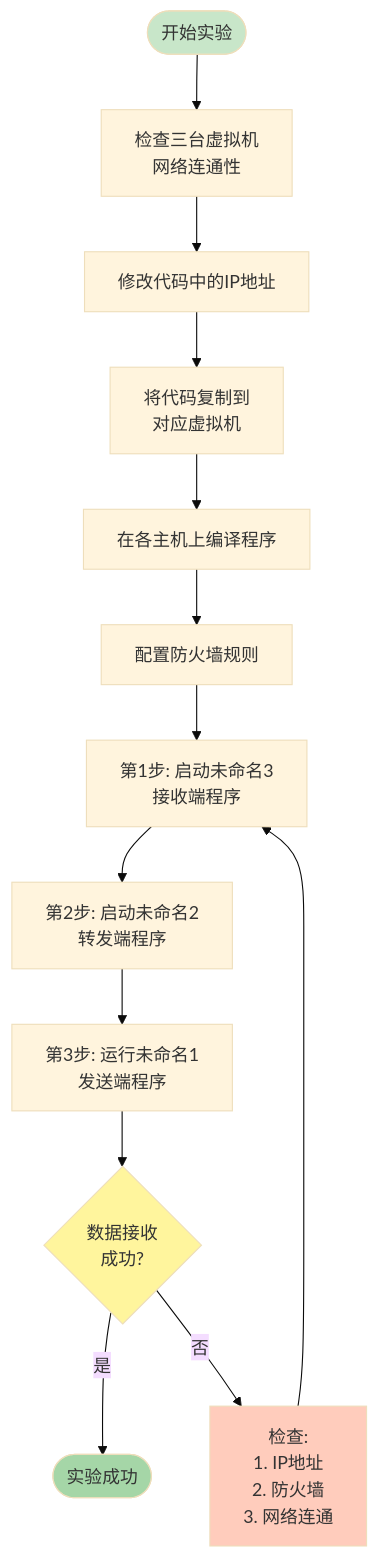
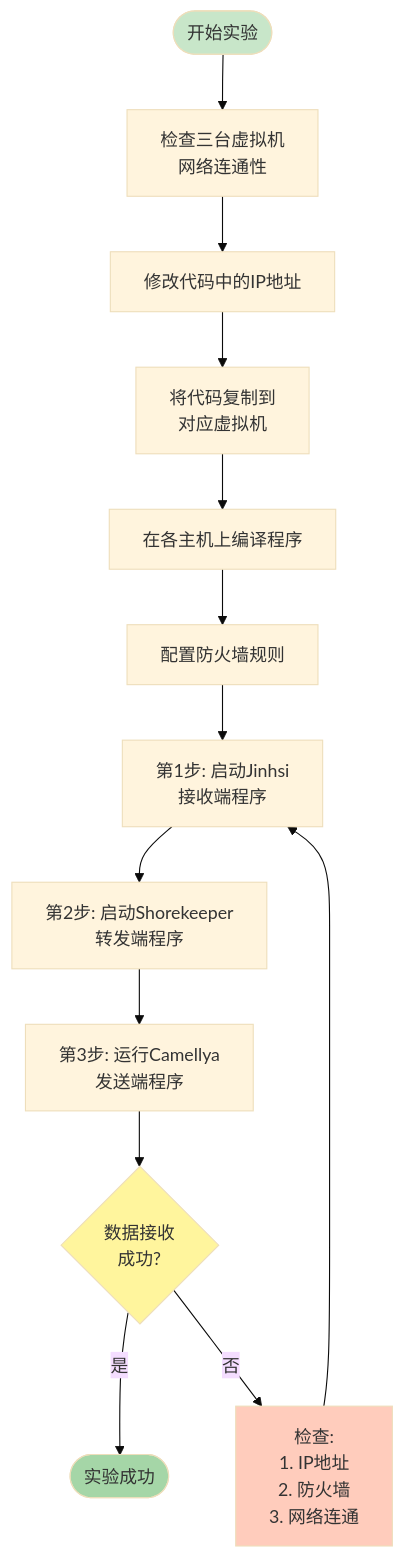
The sixth of 13 diagrams in Lab4/network_topology.md (ponder-j/HIT-Computer_Networks-Labs), drawn with Mermaid (base theme) before and after one commit. The commit also changed other lines of this file and 2 other files, not shown here.

````diff
--- a/Lab4/network_topology.md
+++ b/Lab4/network_topology.md
@@ -118,20 +118,20 @@
 ```mermaid
 flowchart TD
     Start([开始实验]) --> Check[检查三台虚拟机<br/>网络连通性]
     Check --> Modify[修改代码中的IP地址]
     Modify --> Copy[将代码复制到<br/>对应虚拟机]
     Copy --> Compile[在各主机上编译程序]
     Compile --> Firewall[配置防火墙规则]
-    Firewall --> Run1[第1步: 启动未命名3<br/>接收端程序]
-    Run1 --> Run2[第2步: 启动未命名2<br/>转发端程序]
-    Run2 --> Run3[第3步: 运行未命名1<br/>发送端程序]
+    Firewall --> Run1[第1步: 启动Jinhsi<br/>接收端程序]
+    Run1 --> Run2[第2步: 启动Shorekeeper<br/>转发端程序]
+    Run2 --> Run3[第3步: 运行Camellya<br/>发送端程序]
     Run3 --> Result{数据接收<br/>成功?}
     Result -->|是| Success([实验成功])
     Result -->|否| Debug[检查:<br/>1. IP地址<br/>2. 防火墙<br/>3. 网络连通]
     Debug --> Run1
 
     style Start fill:#c8e6c9
     style Success fill:#a5d6a7
     style Debug fill:#ffccbc
     style Result fill:#fff59d
 ```
````
